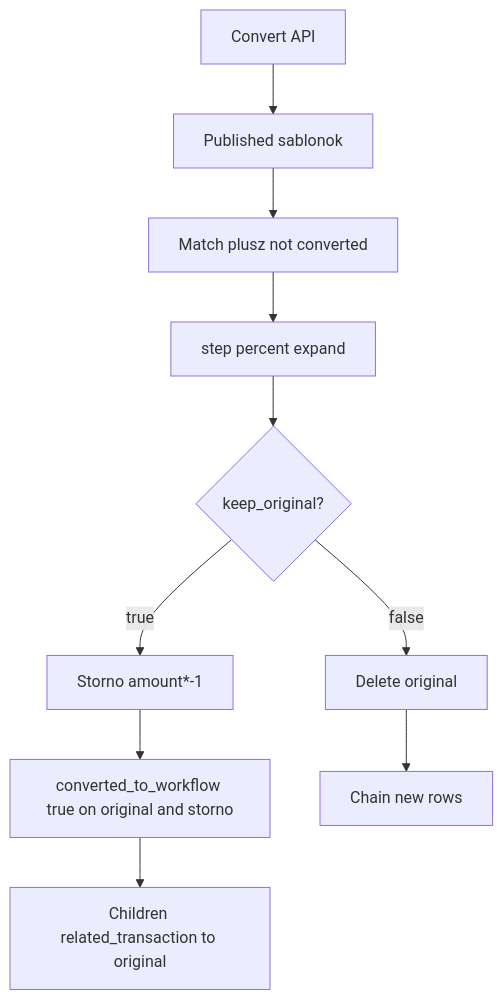
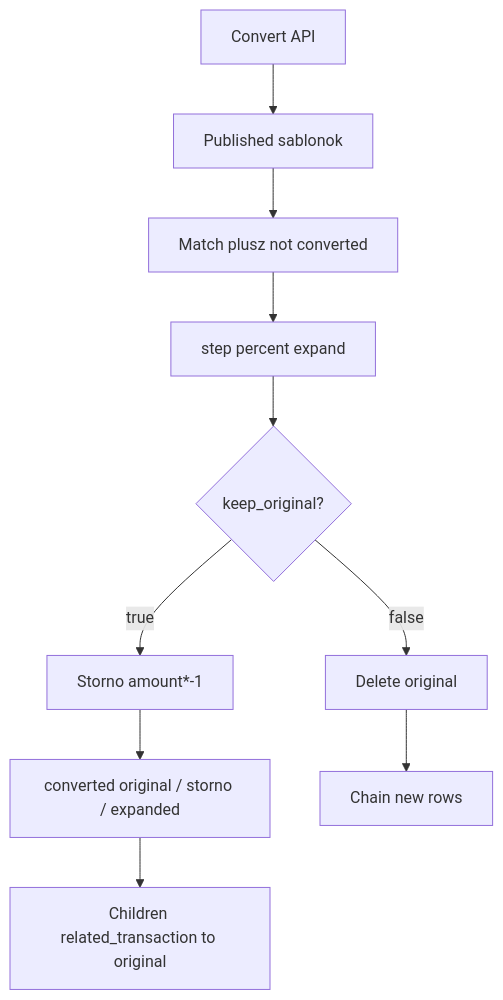
One commit to pitiboy/curr changed the second of 2 diagrams in docs/plans/0002-transaction-workflow-content-type.md. Above: the diagram before and after it, drawn with Mermaid. The commit also changed other lines of this file and 38 other files, not shown here.

````diff
--- a/docs/plans/0002-transaction-workflow-content-type.md
+++ b/docs/plans/0002-transaction-workflow-content-type.md
@@ -160,16 +163,16 @@
 ```mermaid
 flowchart TD
   api["Convert API"]
   loadWf["Published sablonok"]
   findTx["Match plusz not converted"]
   expand["step percent expand"]
   keep{"keep_original?"}
   storno["Storno amount*-1"]
-  mark["converted_to_workflow true on original and storno"]
+  mark["converted original / storno / expanded"]
   linkKeep["Children related_transaction to original"]
   del["Delete original"]
   linkChain["Chain new rows"]
   api --> loadWf --> findTx --> expand --> keep
   keep -->|true| storno --> mark --> linkKeep
   keep -->|false| del --> linkChain
 ```
````
